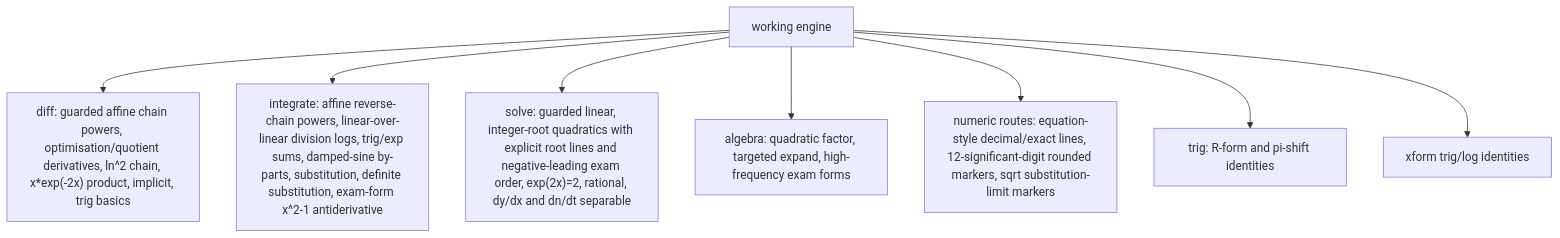
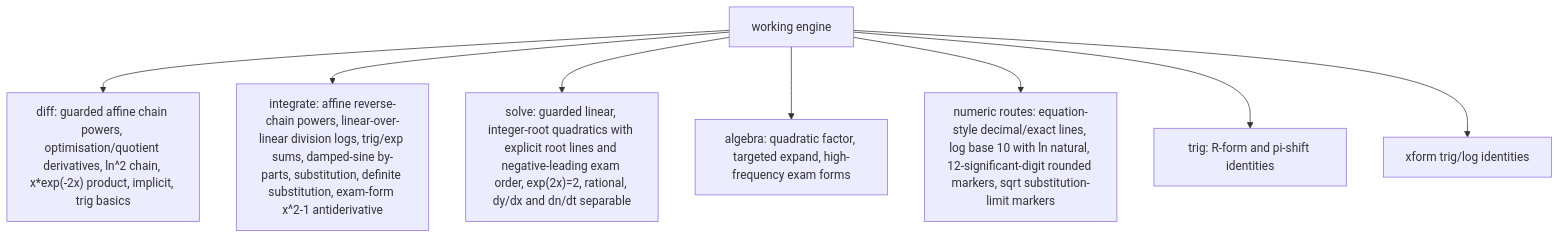
One commit to james8464/notes-addin-casio-fx-cg50 changed the third of 6 diagrams in docs/GRAPH.md. Above: the diagram before and after it, drawn with Mermaid. The commit also changed other lines of this file and 4 other files, not shown here.

Commit message:
improve audit tui and numeric log

````diff
--- a/docs/GRAPH.md
+++ b/docs/GRAPH.md
@@ -36,10 +36,10 @@
 ```mermaid
 graph TD
   Work["working engine"] --> Diff["diff: guarded affine chain powers, optimisation/quotient derivatives, ln^2 chain, x*exp(-2x) product, implicit, trig basics"]
   Work --> Int["integrate: affine reverse-chain powers, linear-over-linear division logs, trig/exp sums, damped-sine by-parts, substitution, definite substitution, exam-form x^2-1 antiderivative"]
   Work --> Solve["solve: guarded linear, integer-root quadratics with explicit root lines and negative-leading exam order, exp(2x)=2, rational, dy/dx and dn/dt separable"]
   Work --> Alg["algebra: quadratic factor, targeted expand, high-frequency exam forms"]
-  Work --> Num["numeric routes: equation-style decimal/exact lines, 12-significant-digit rounded markers, sqrt substitution-limit markers"]
+  Work --> Num["numeric routes: equation-style decimal/exact lines, log base 10 with ln natural, 12-significant-digit rounded markers, sqrt substitution-limit markers"]
   Work --> Trig["trig: R-form and pi-shift identities"]
   Work --> Xform["xform trig/log identities"]
 ```
````
